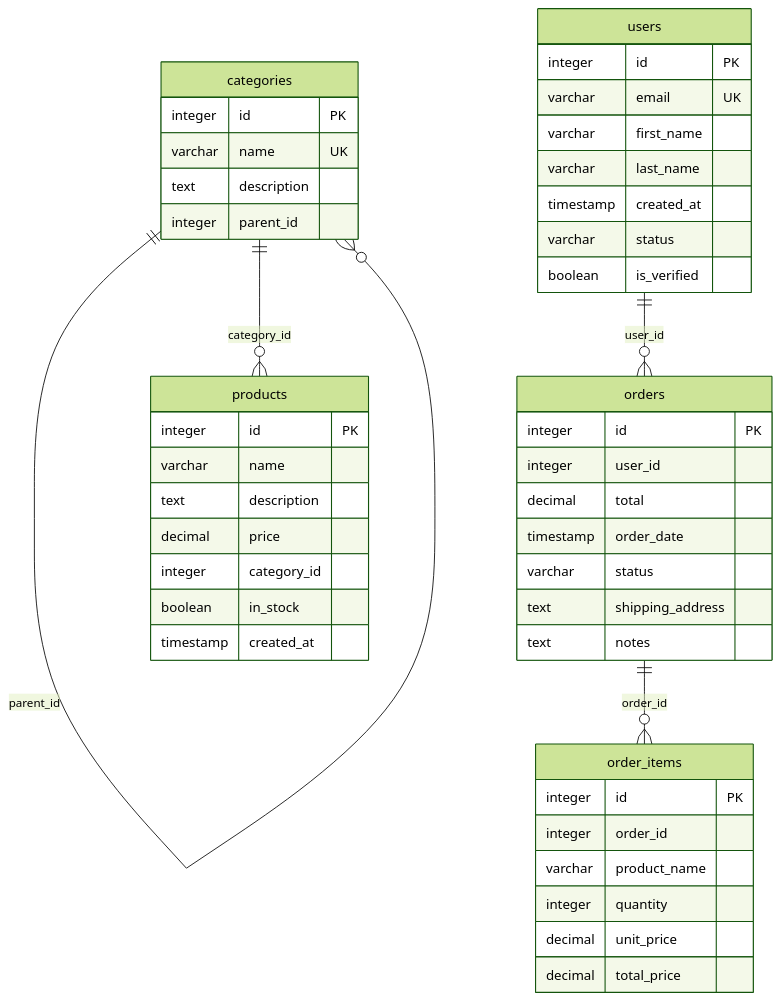
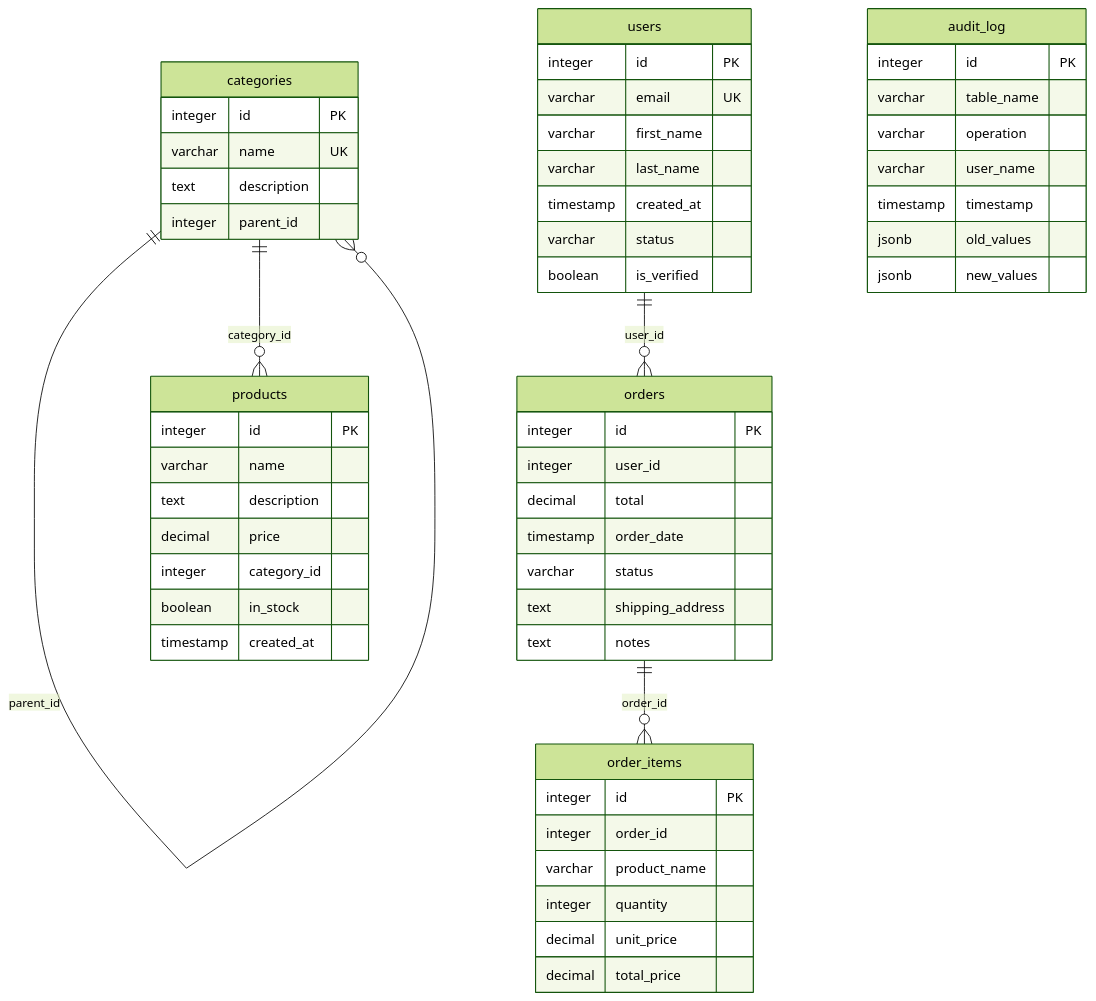
Before and after one commit to orchard9/pg-goer: the diagram in example-output.md, drawn with Mermaid (forest theme). The commit also changed other lines of this file and 6 other files, not shown here.

````diff
--- a/example-output.md
+++ b/example-output.md
@@ -34,49 +54,58 @@
 ```mermaid
 erDiagram
     categories ||--o{ categories : "parent_id"
     orders ||--o{ order_items : "order_id"
     users ||--o{ orders : "user_id"
     categories ||--o{ products : "category_id"
 
+    audit_log {
+        integer id PK
+        varchar table_name
+        varchar operation
+        varchar user_name
+        timestamp timestamp
+        jsonb old_values
+        jsonb new_values
+    }
     categories {
         integer id PK
         varchar name UK
         text description
         integer parent_id
     }
     order_items {
         integer id PK
         integer order_id
         varchar product_name
         integer quantity
         decimal unit_price
         decimal total_price
     }
     orders {
         integer id PK
         integer user_id
         decimal total
         timestamp order_date
         varchar status
         text shipping_address
         text notes
     }
     products {
         integer id PK
         varchar name
         text description
         decimal price
         integer category_id
         boolean in_stock
         timestamp created_at
     }
     users {
         integer id PK
         varchar email UK
         varchar first_name
         varchar last_name
         timestamp created_at
         varchar status
         boolean is_verified
     }
 ```
````
